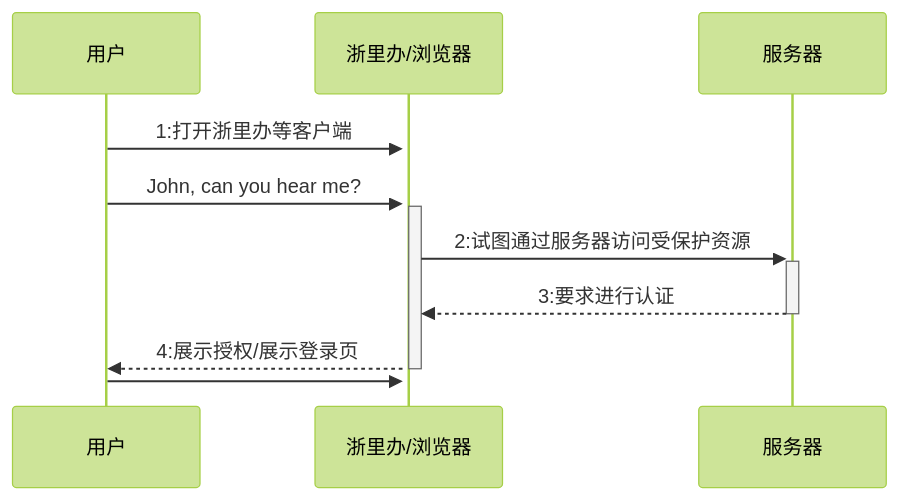
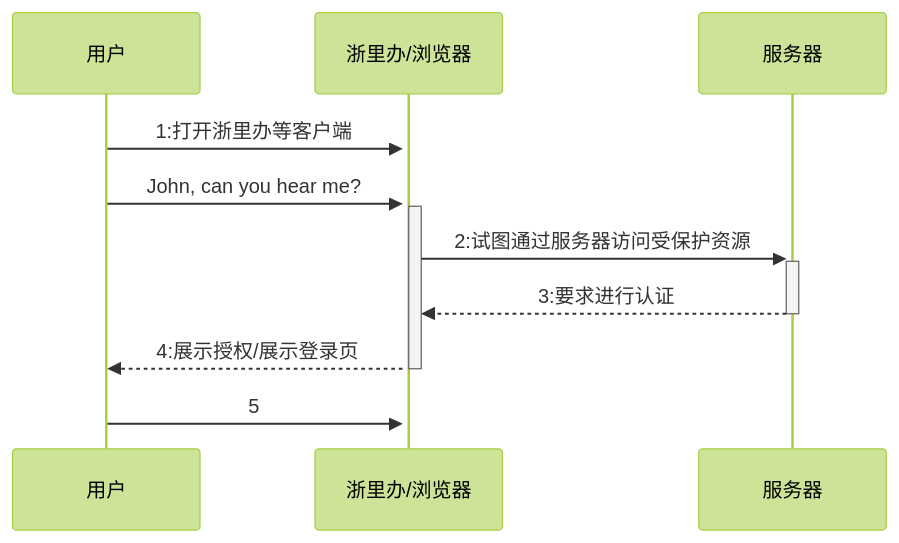
One commit to fifuntop/iodraw-files changed the diagram in all/居民端时序图.md. Above: the diagram before and after it, drawn with Mermaid (forest theme).

Commit message:
2024-03-14 14:56:11 update

````diff
--- a/all/居民端时序图.md
+++ b/all/居民端时序图.md
@@ -1,10 +1,10 @@
 ```mermaid
 sequenceDiagram
     用户->>+浙里办/浏览器: 1:打开浙里办等客户端
     用户->>+浙里办/浏览器: John, can you hear me?
     浙里办/浏览器->>+服务器: 2:试图通过服务器访问受保护资源
     服务器-->>-浙里办/浏览器: 3:要求进行认证
     浙里办/浏览器-->>-用户: 4:展示授权/展示登录页
-    用户->>+浙里办/浏览器:
+    用户->>+浙里办/浏览器: 5
             
 ```
````
